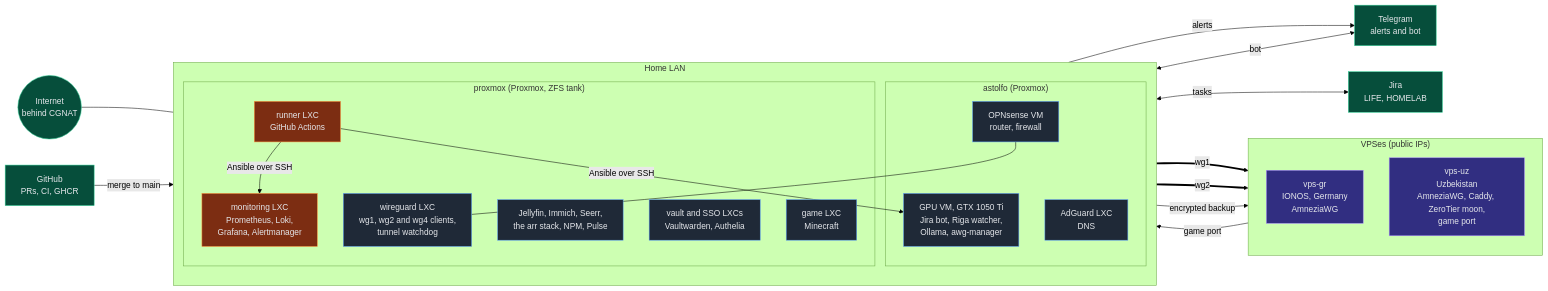
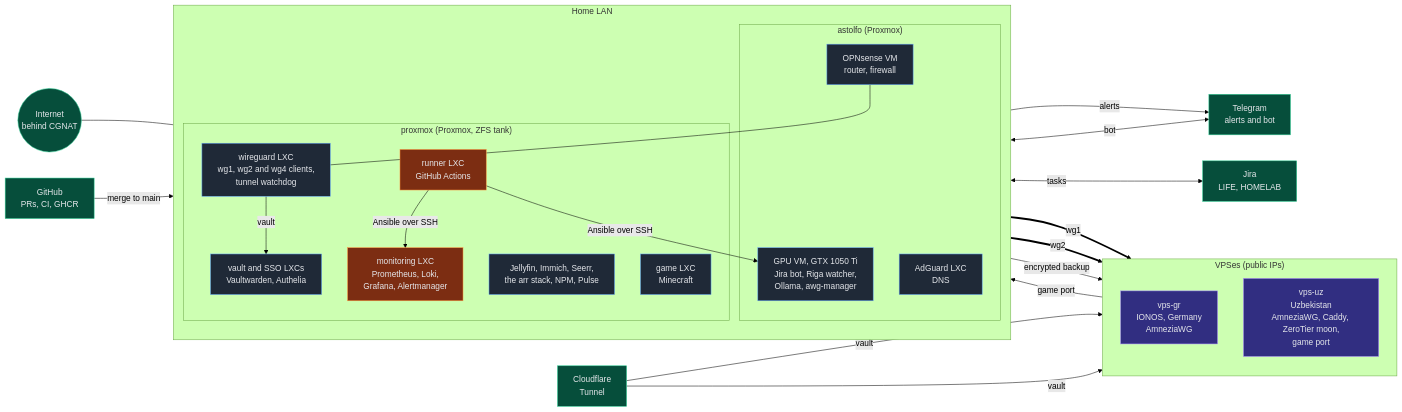
One commit to ayzek-sempai/homelab-showcase changed the first of 2 diagrams in README.md. Above: the diagram before and after it, drawn with Mermaid (forest theme). The commit also changed other lines of this file and 3 other files, not shown here.

````diff
--- a/README.md
+++ b/README.md
@@ -52,48 +52,52 @@
 ```mermaid
 flowchart LR
     classDef home fill:#1f2937,stroke:#60a5fa,color:#e5e7eb
     classDef vps fill:#312e81,stroke:#a78bfa,color:#e5e7eb
     classDef ext fill:#064e3b,stroke:#34d399,color:#e5e7eb
     classDef ops fill:#7c2d12,stroke:#fb923c,color:#e5e7eb
 
     NET(("Internet<br/>behind CGNAT")):::ext
     GH["GitHub<br/>PRs, CI, GHCR"]:::ext
     TG["Telegram<br/>alerts and bot"]:::ext
     JIRA["Jira<br/>LIFE, HOMELAB"]:::ext
+    CF["Cloudflare<br/>Tunnel"]:::ext
 
     subgraph VPS["VPSes (public IPs)"]
         direction TB
         GR["vps-gr<br/>IONOS, Germany<br/>AmneziaWG"]:::vps
         UZ["vps-uz<br/>Uzbekistan<br/>AmneziaWG, Caddy, ZeroTier moon,<br/>game port"]:::vps
     end
 
     subgraph HOME["Home LAN"]
         direction TB
         subgraph ASTOLFO["astolfo (Proxmox)"]
             OPN["OPNsense VM<br/>router, firewall"]:::home
             GPU["GPU VM, GTX 1050 Ti<br/>Jira bot, Riga watcher,<br/>Ollama, awg-manager"]:::home
             ADG["AdGuard LXC<br/>DNS"]:::home
         end
         subgraph PROXMOX["proxmox (Proxmox, ZFS tank)"]
             WGCT["wireguard LXC<br/>wg1, wg2 and wg4 clients,<br/>tunnel watchdog"]:::home
             RUN["runner LXC<br/>GitHub Actions"]:::ops
             MON["monitoring LXC<br/>Prometheus, Loki,<br/>Grafana, Alertmanager"]:::ops
             APPS["Jellyfin, Immich, Seerr,<br/>the arr stack, NPM, Pulse"]:::home
             VAULT["vault and SSO LXCs<br/>Vaultwarden, Authelia"]:::home
             GAME["game LXC<br/>Minecraft"]:::home
         end
     end
 
     NET --- OPN
     OPN --- WGCT
     WGCT == "wg1" ==> GR
     WGCT == "wg2" ==> UZ
     GH -- "merge to main" --> RUN
     RUN -- "Ansible over SSH" --> GPU
     RUN -- "Ansible over SSH" --> MON
     MON -- "alerts" --> TG
     VAULT -- "encrypted backup" --> VPS
     UZ -- "game port" --> GAME
+    CF -- "vault" --> GR
+    CF -- "vault" --> UZ
+    WGCT -- "vault" --> VAULT
     GPU <-- "bot" --> TG
     GPU <-- "tasks" --> JIRA
 ```
````
